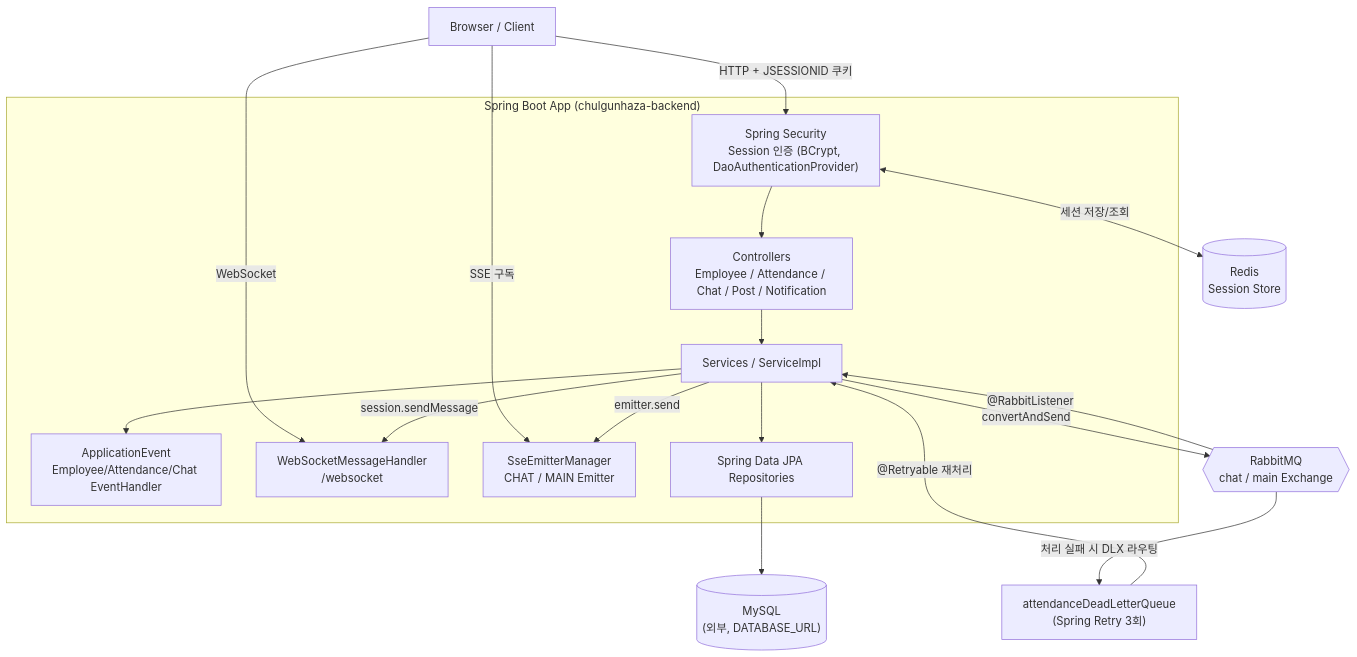
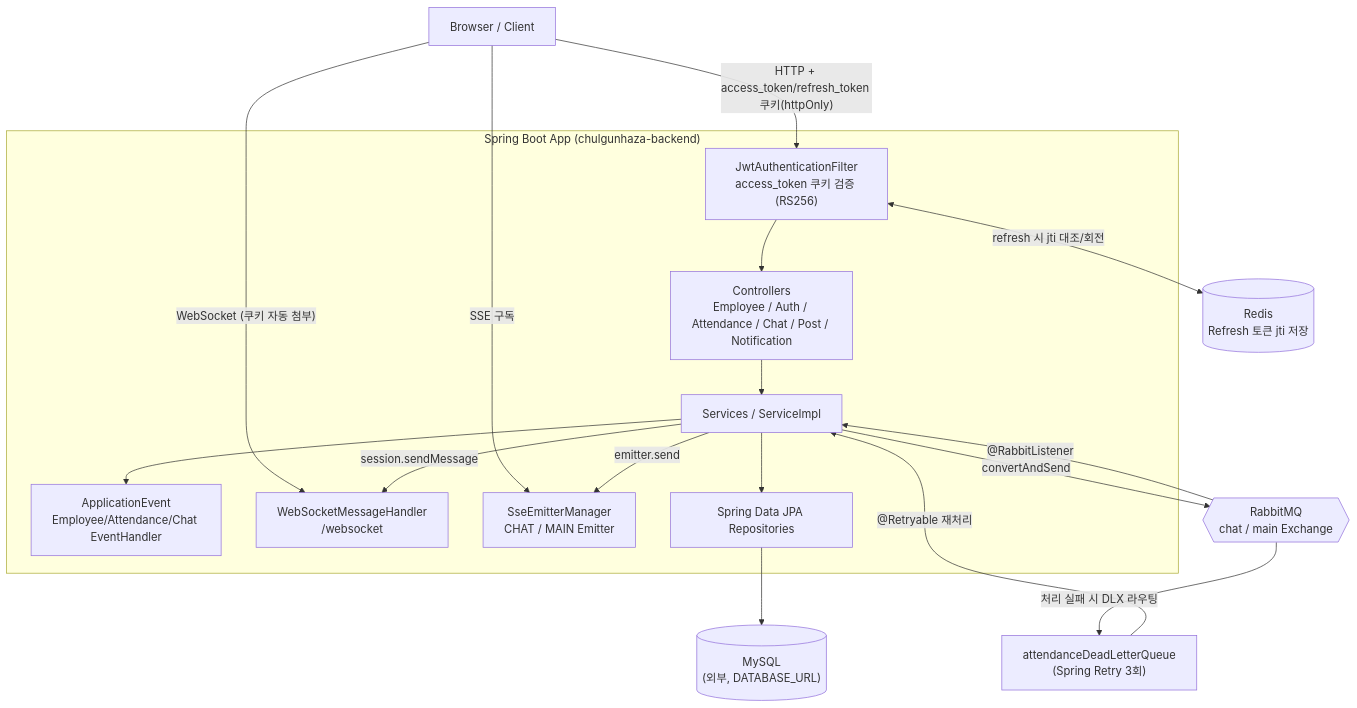
The diagram in README.md (chulgunhaza/chulgunhaza-backend), drawn with Mermaid before and after one commit. The commit also changed other lines of this file and 25 other files, not shown here.

First line of the commit message:
세션(Spring Session Redis) 인증 → JWT(RS256) 전환

````diff
--- a/README.md
+++ b/README.md
@@ -118,34 +118,34 @@
 ```mermaid
 graph TB
     Browser["Browser / Client"]
 
     subgraph App["Spring Boot App (chulgunhaza-backend)"]
-        Security["Spring Security<br/>Session 인증 (BCrypt, DaoAuthenticationProvider)"]
-        Controllers["Controllers<br/>Employee / Attendance / Chat / Post / Notification"]
+        JwtFilter["JwtAuthenticationFilter<br/>access_token 쿠키 검증 (RS256)"]
+        Controllers["Controllers<br/>Employee / Auth / Attendance / Chat / Post / Notification"]
         Services["Services / ServiceImpl"]
         Events["ApplicationEvent<br/>Employee/Attendance/Chat EventHandler"]
         WS["WebSocketMessageHandler<br/>/websocket"]
         SSE["SseEmitterManager<br/>CHAT / MAIN Emitter"]
         Repos["Spring Data JPA Repositories"]
     end
 
     MySQL[("MySQL<br/>(외부, DATABASE_URL)")]
-    Redis[("Redis<br/>Session Store")]
+    Redis[("Redis<br/>Refresh 토큰 jti 저장")]
     RabbitMQ{{"RabbitMQ<br/>chat / main Exchange"}}
     DLQ["attendanceDeadLetterQueue<br/>(Spring Retry 3회)"]
 
-    Browser -->|"HTTP + JSESSIONID 쿠키"| Security
-    Browser -->|"WebSocket"| WS
+    Browser -->|"HTTP + access_token/refresh_token 쿠키(httpOnly)"| JwtFilter
+    Browser -->|"WebSocket (쿠키 자동 첨부)"| WS
     Browser -->|"SSE 구독"| SSE
 
-    Security --> Controllers --> Services
+    JwtFilter --> Controllers --> Services
     Services --> Repos --> MySQL
     Services --> Events
     Services -->|"convertAndSend"| RabbitMQ
     RabbitMQ -->|"@RabbitListener"| Services
-    Security <-->|"세션 저장/조회"| Redis
+    JwtFilter <-->|"refresh 시 jti 대조/회전"| Redis
     Services -->|"emitter.send"| SSE
     Services -->|"session.sendMessage"| WS
     RabbitMQ -->|"처리 실패 시 DLX 라우팅"| DLQ
     DLQ -->|"@Retryable 재처리"| Services
 ```
````
